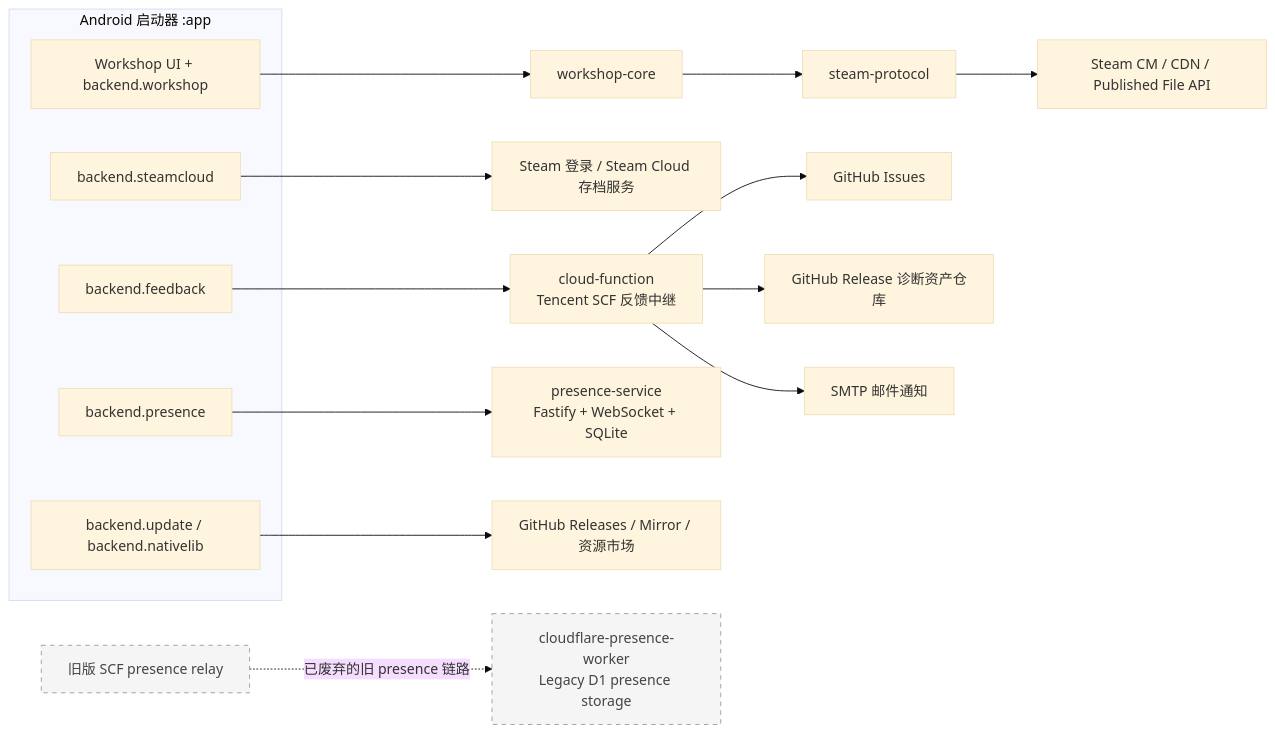
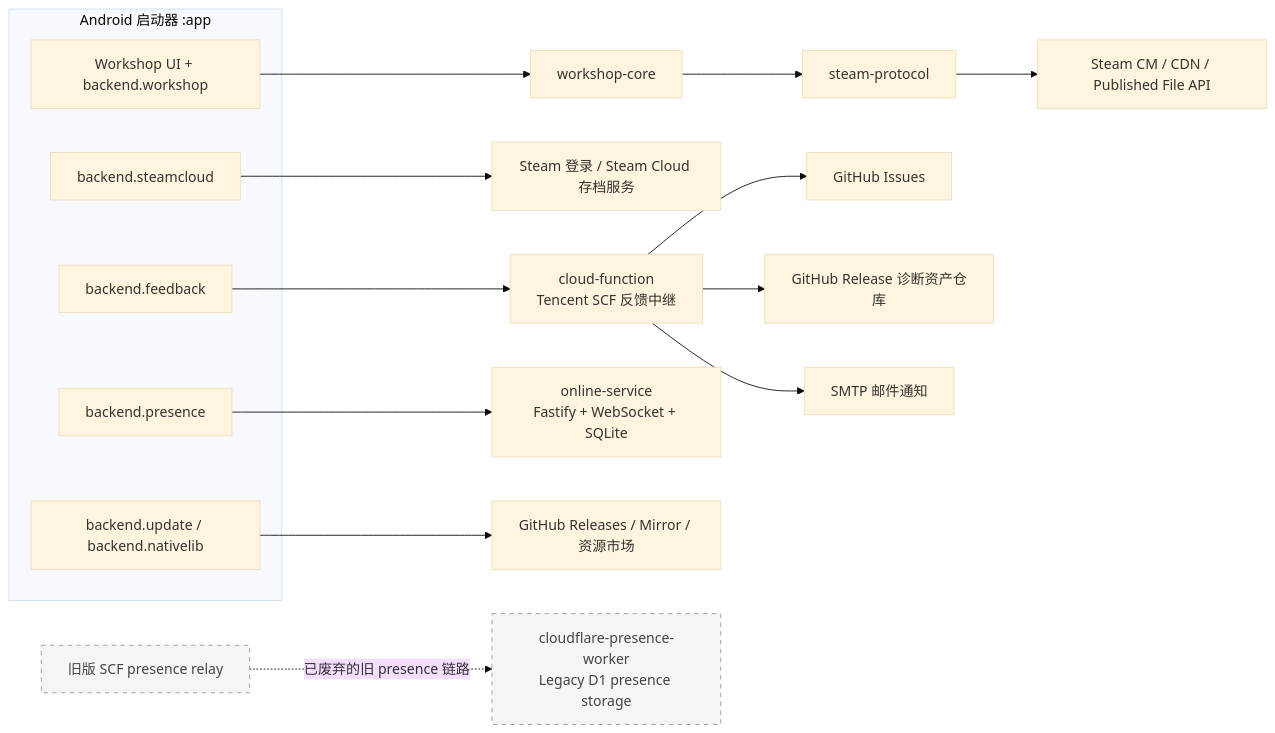
The fourth of 4 diagrams in docs/architecture-overview.md (ModinMobileSTS/SlayTheAmethystModded), drawn with Mermaid (base theme) before and after one commit. The commit also changed 32 other files, not shown here.

Commit message:
chores: rename presence-service to online-service

````diff
--- a/docs/architecture-overview.md
+++ b/docs/architecture-overview.md
@@ -185,31 +185,31 @@
 ```mermaid
 flowchart LR
     subgraph App["Android 启动器 :app"]
         WorkshopFeature["Workshop UI + backend.workshop"]
         SteamCloudFeature["backend.steamcloud"]
         FeedbackFeature["backend.feedback"]
         PresenceFeature["backend.presence"]
         UpdateFeature["backend.update / backend.nativelib"]
     end
 
     WorkshopFeature --> WorkshopCore["workshop-core"]
     WorkshopCore --> SteamProtocol["steam-protocol"]
     SteamProtocol --> SteamWorkshop["Steam CM / CDN / Published File API"]
 
     SteamCloudFeature --> SteamCloudBackend["Steam 登录 / Steam Cloud 存档服务"]
 
     FeedbackFeature --> CloudFunction["cloud-function<br/>Tencent SCF 反馈中继"]
     CloudFunction --> GitHubIssues["GitHub Issues"]
     CloudFunction --> DiagnosticsRepo["GitHub Release 诊断资产仓库"]
     CloudFunction --> Mail["SMTP 邮件通知"]
 
-    PresenceFeature --> PresenceService["presence-service<br/>Fastify + WebSocket + SQLite"]
+    PresenceFeature --> PresenceService["online-service<br/>Fastify + WebSocket + SQLite"]
 
     UpdateFeature --> GitHubReleases["GitHub Releases / Mirror / 资源市场"]
 
     LegacyScf["旧版 SCF presence relay"]:::legacy
     LegacyWorker["cloudflare-presence-worker<br/>Legacy D1 presence storage"]:::legacy
     LegacyScf -. 已废弃的旧 presence 链路 .-> LegacyWorker
 
     classDef legacy fill:#f5f5f5,stroke:#999,color:#444,stroke-dasharray: 5 5;
 ```
````
